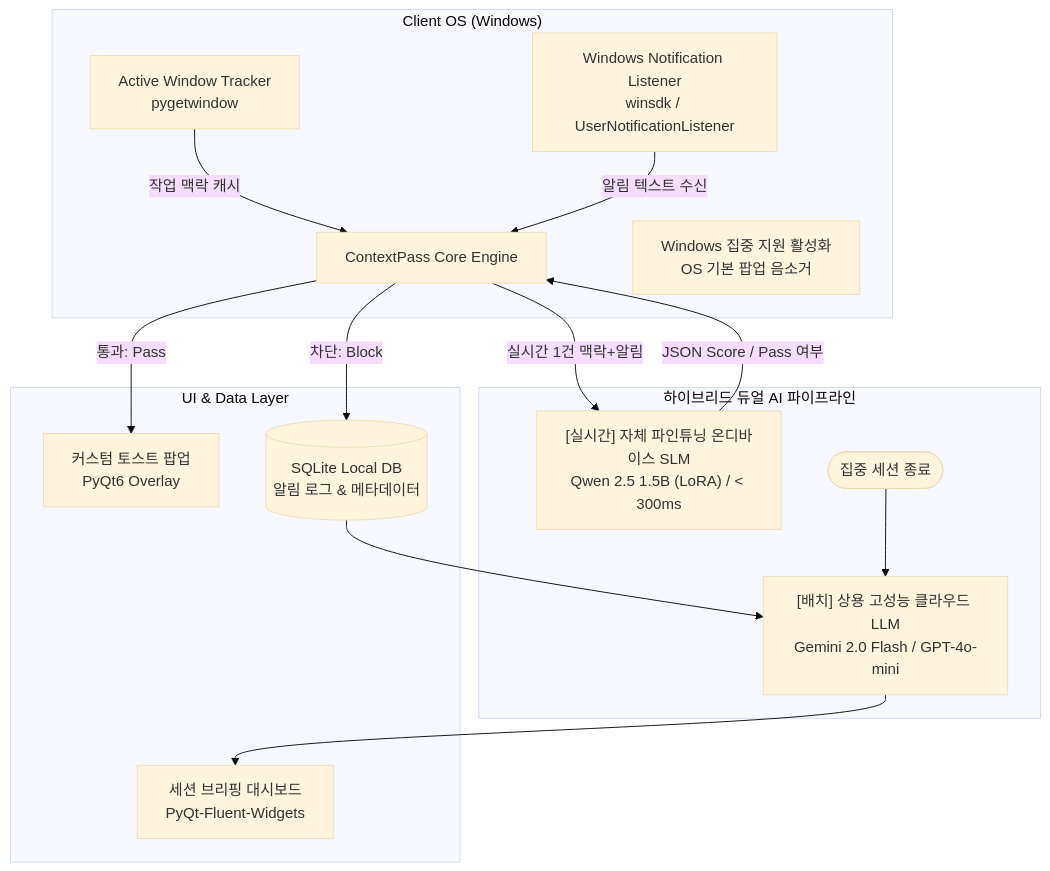
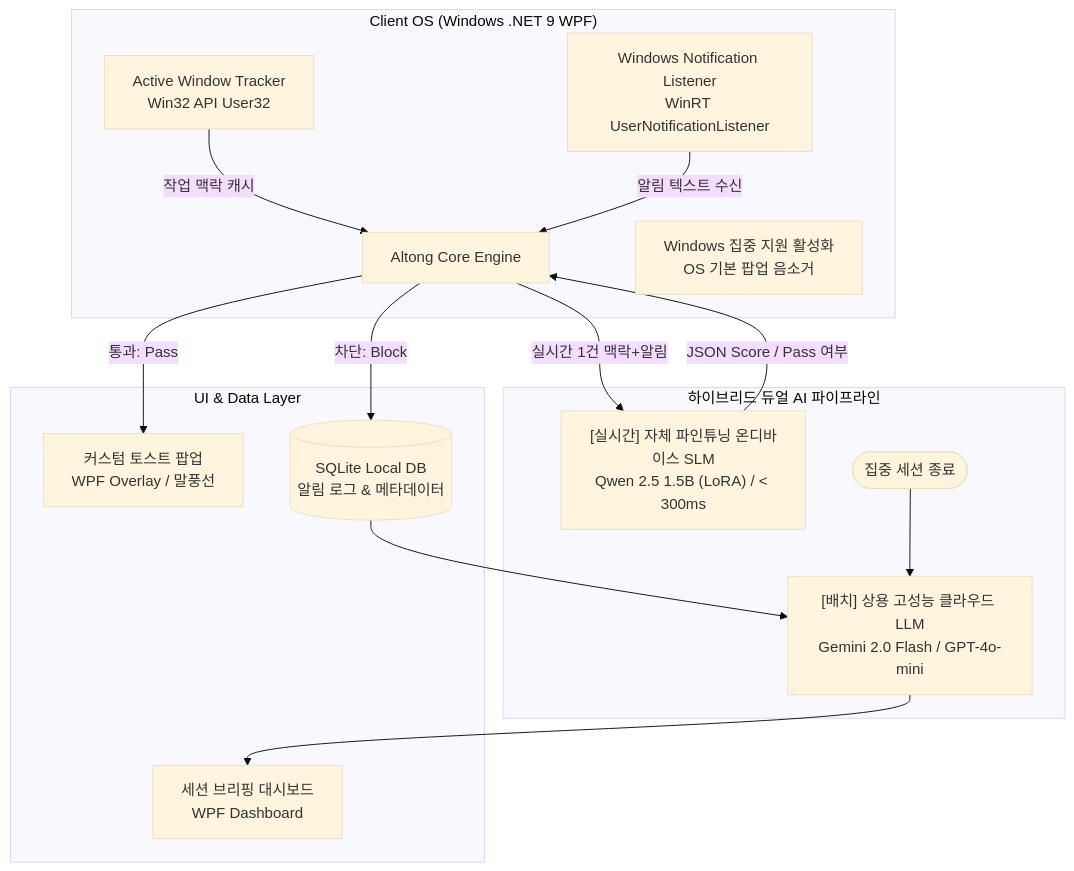
The first of 2 diagrams in README.md (AIoish/ALTONG_client), drawn with Mermaid (base theme) before and after one commit. The commit also changed other lines of this file and 1 other file, not shown here.

````diff
--- a/README.md
+++ b/README.md
@@ -28,22 +37,22 @@
 ```mermaid
 flowchart TD
-    subgraph Client ["Client OS (Windows)"]
-        AW[Active Window Tracker<br/>pygetwindow] -->|작업 맥락 캐시| CoreEngine[ContextPass Core Engine]
-        WinNoti[Windows Notification Listener<br/>winsdk / UserNotificationListener] -->|알림 텍스트 수신| CoreEngine
+    subgraph Client ["Client OS (Windows .NET 9 WPF)"]
+        AW[Active Window Tracker<br/>Win32 API User32] -->|작업 맥락 캐시| CoreEngine[Altong Core Engine]
+        WinNoti[Windows Notification Listener<br/>WinRT UserNotificationListener] -->|알림 텍스트 수신| CoreEngine
         DND[Windows 집중 지원 활성화<br/>OS 기본 팝업 음소거]
     end
 
     subgraph AI_Pipeline ["하이브리드 듀얼 AI 파이프라인"]
         CoreEngine -->|실시간 1건 맥락+알림| FilterEngine["[실시간] 자체 파인튜닝 온디바이스 SLM<br/>Qwen 2.5 1.5B (LoRA) / < 300ms"]
         FilterEngine -->|JSON Score / Pass 여부| CoreEngine
         
         SessionEnd([집중 세션 종료]) --> SummaryEngine["[배치] 상용 고성능 클라우드 LLM<br/>Gemini 2.0 Flash / GPT-4o-mini"]
     end
 
     subgraph UI_Storage ["UI & Data Layer"]
-        CoreEngine -->|통과: Pass| CustomToast[커스텀 토스트 팝업<br/>PyQt6 Overlay]
+        CoreEngine -->|통과: Pass| CustomToast[커스텀 토스트 팝업<br/>WPF Overlay / 말풍선]
         CoreEngine -->|차단: Block| LocalDB[(SQLite Local DB<br/>알림 로그 & 메타데이터)]
         LocalDB --> SummaryEngine
-        SummaryEngine --> Dashboard[세션 브리핑 대시보드<br/>PyQt-Fluent-Widgets]
+        SummaryEngine --> Dashboard[세션 브리핑 대시보드<br/>WPF Dashboard]
     end
 ```
````
